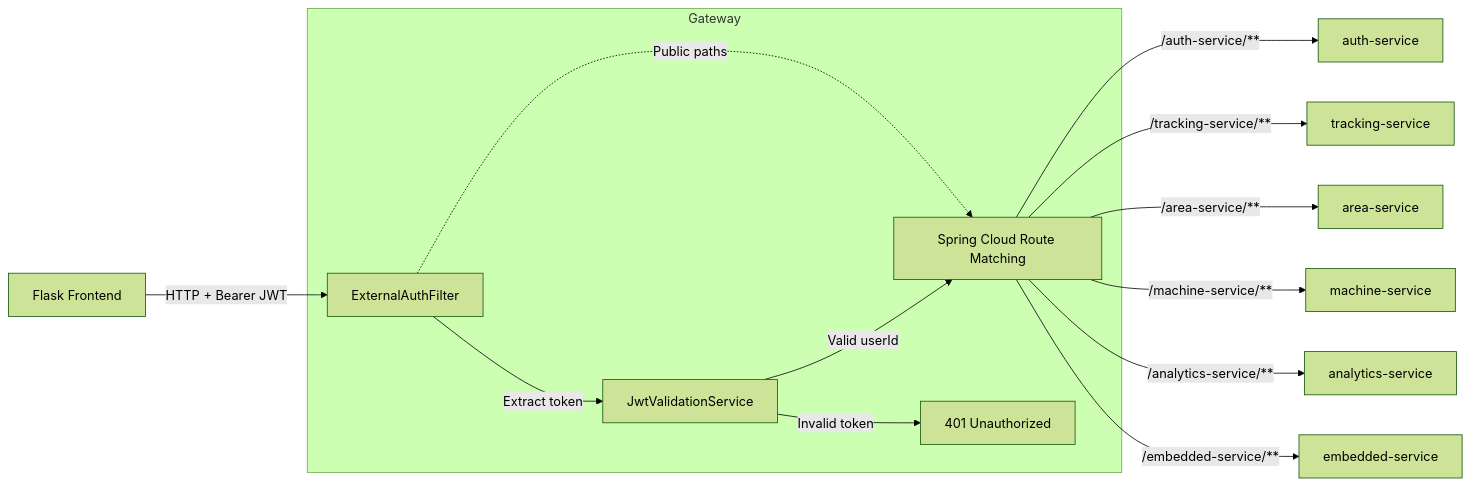
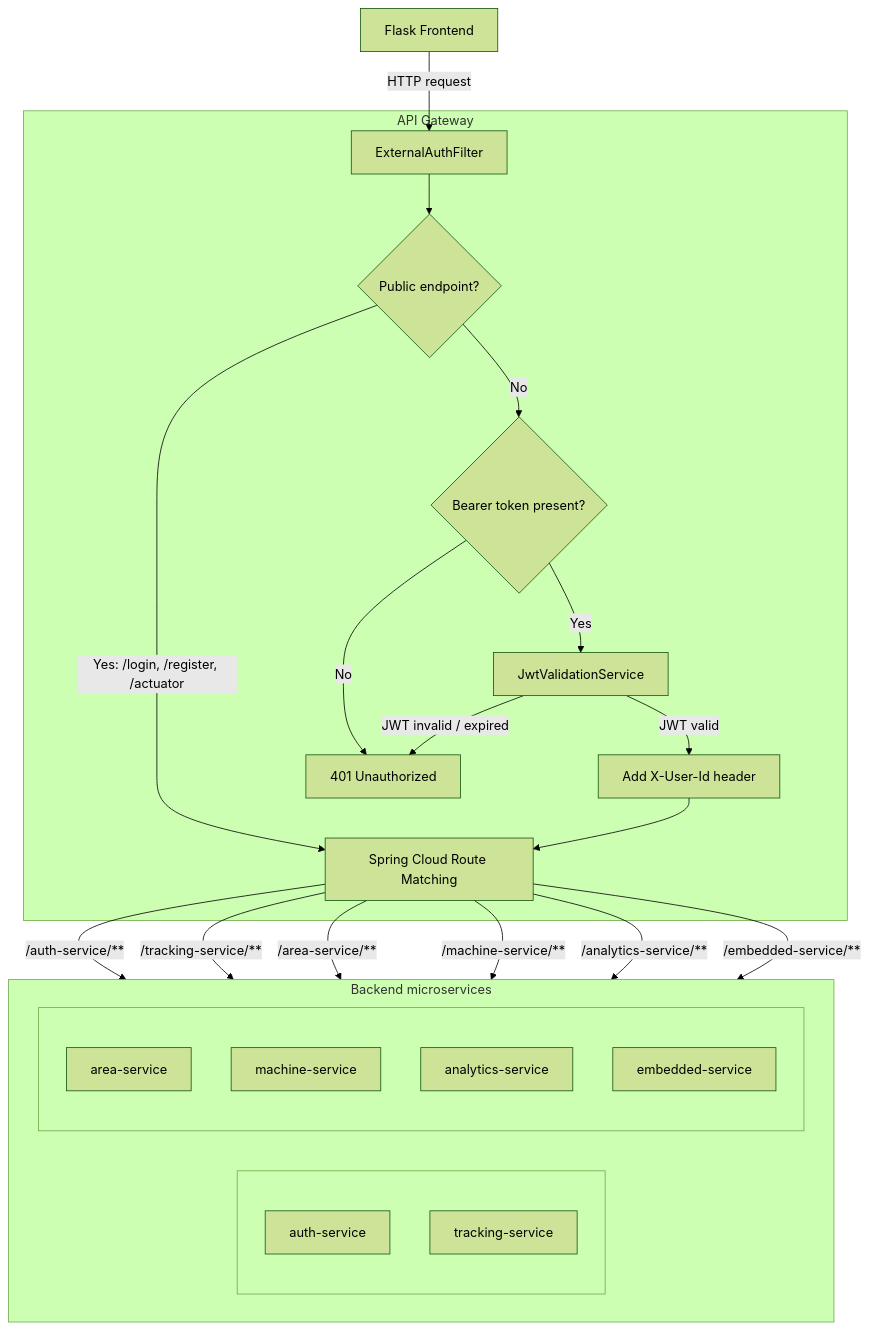
One commit to piertv21/SmartGym-Monitor changed the third of 10 diagrams in docs/report/Implementation.md. Above: the diagram before and after it, drawn with Mermaid (forest theme). The commit also changed other lines of this file, not shown here.

Commit message:
docs: refactor docs schema

````diff
--- a/docs/report/Implementation.md
+++ b/docs/report/Implementation.md
@@ -84,19 +84,42 @@
 ```mermaid
-flowchart LR
-    Client["Flask Frontend"] -->|"HTTP + Bearer JWT"| EAF["ExternalAuthFilter"]
+flowchart TD
+    Client["Flask Frontend"] -->|"HTTP request"| EAF["ExternalAuthFilter"]
 
-    subgraph Gateway
-        EAF -->|"Extract token"| JVS["JwtValidationService"]
-        JVS -->|"Valid userId"| ROUTE["Spring Cloud Route Matching"]
-        JVS -->|"Invalid token"| REJECT["401 Unauthorized"]
+    subgraph Gateway["API Gateway"]
+        EAF --> PUB{"Public endpoint?"}
+        PUB -->|"Yes: /login, /register, /actuator"| ROUTE["Spring Cloud Route Matching"]
+        PUB -->|"No"| AUTHH{"Bearer token present?"}
+
+        AUTHH -->|"No"| REJECT["401 Unauthorized"]
+        AUTHH -->|"Yes"| JVS["JwtValidationService"]
+
+        JVS -->|"JWT invalid / expired"| REJECT
+        JVS -->|"JWT valid"| USER["Add X-User-Id header"]
+        USER --> ROUTE
     end
 
-    ROUTE -->|"/auth-service/**"| AUTH[auth-service]
-    ROUTE -->|"/tracking-service/**"| TRK[tracking-service]
-    ROUTE -->|"/area-service/**"| AREA[area-service]
-    ROUTE -->|"/machine-service/**"| MACH[machine-service]
-    ROUTE -->|"/analytics-service/**"| ANA[analytics-service]
-    ROUTE -->|"/embedded-service/**"| EMB[embedded-service]
+    subgraph Services["Backend microservices"]
+        direction LR
 
-    EAF -.->|"Public paths"| ROUTE
+        subgraph Left[" "]
+            direction TB
+            AUTH["auth-service"]
+            TRK["tracking-service"]
+        end
+
+        subgraph Right[" "]
+            direction TB
+            AREA["area-service"]
+            MACH["machine-service"]
+            ANA["analytics-service"]
+            EMB["embedded-service"]
+        end
+    end
+
+    ROUTE -->|"/auth-service/**"| AUTH
+    ROUTE -->|"/tracking-service/**"| TRK
+    ROUTE -->|"/area-service/**"| AREA
+    ROUTE -->|"/machine-service/**"| MACH
+    ROUTE -->|"/analytics-service/**"| ANA
+    ROUTE -->|"/embedded-service/**"| EMB
 ```
````
